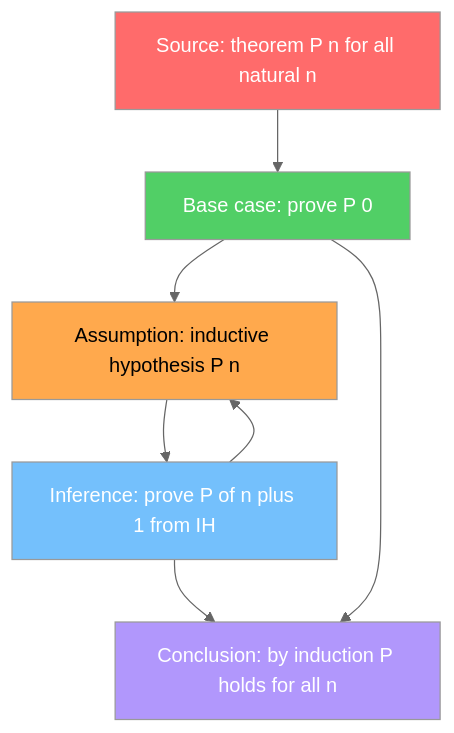
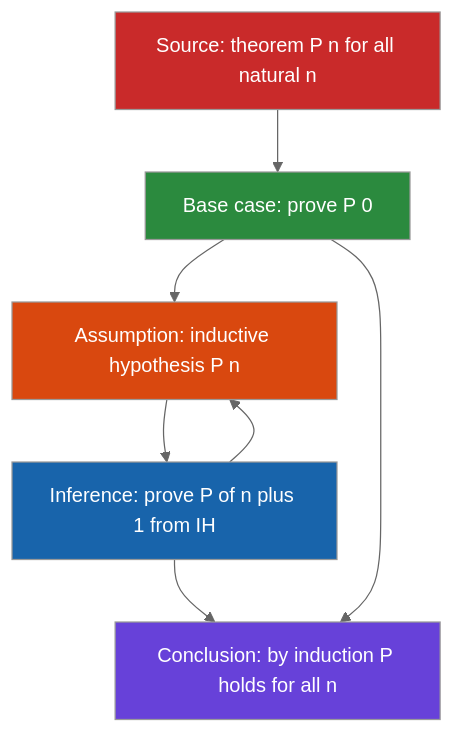
The fifth of 8 diagrams in collaborations/mathematics-database/algorithms-axiomatic-theories-proofs-revised.md (garywelz/progframe), drawn with Mermaid (neutral theme) before and after one commit. The commit also changed other lines of this file and 13 other files, not shown here.

First line of the commit message:
Improve figure contrast and label size in math paper PDF

````diff
--- a/collaborations/mathematics-database/algorithms-axiomatic-theories-proofs-revised.md
+++ b/collaborations/mathematics-database/algorithms-axiomatic-theories-proofs-revised.md
@@ -327,18 +327,18 @@
 ```mermaid
 flowchart TD
   S["Source: theorem P n for all natural n"]
   B["Base case: prove P 0"]
   IH["Assumption: inductive hypothesis P n"]
   ST["Inference: prove P of n plus 1 from IH"]
   S --> B
   B --> IH
   IH --> ST
   ST --> IH
   ST --> C["Conclusion: by induction P holds for all n"]
   B --> C
-  style S fill:#ff6b6b,color:#fff
-  style B fill:#51cf66,color:#fff
-  style IH fill:#ffa94d,color:#000
-  style ST fill:#74c0fc,color:#fff
-  style C fill:#b197fc,color:#fff
+  style S fill:#c92a2a,color:#fff
+  style B fill:#2b8a3e,color:#fff
+  style IH fill:#d9480f,color:#fff
+  style ST fill:#1864ab,color:#fff
+  style C fill:#6741d9,color:#fff
 ```
````
